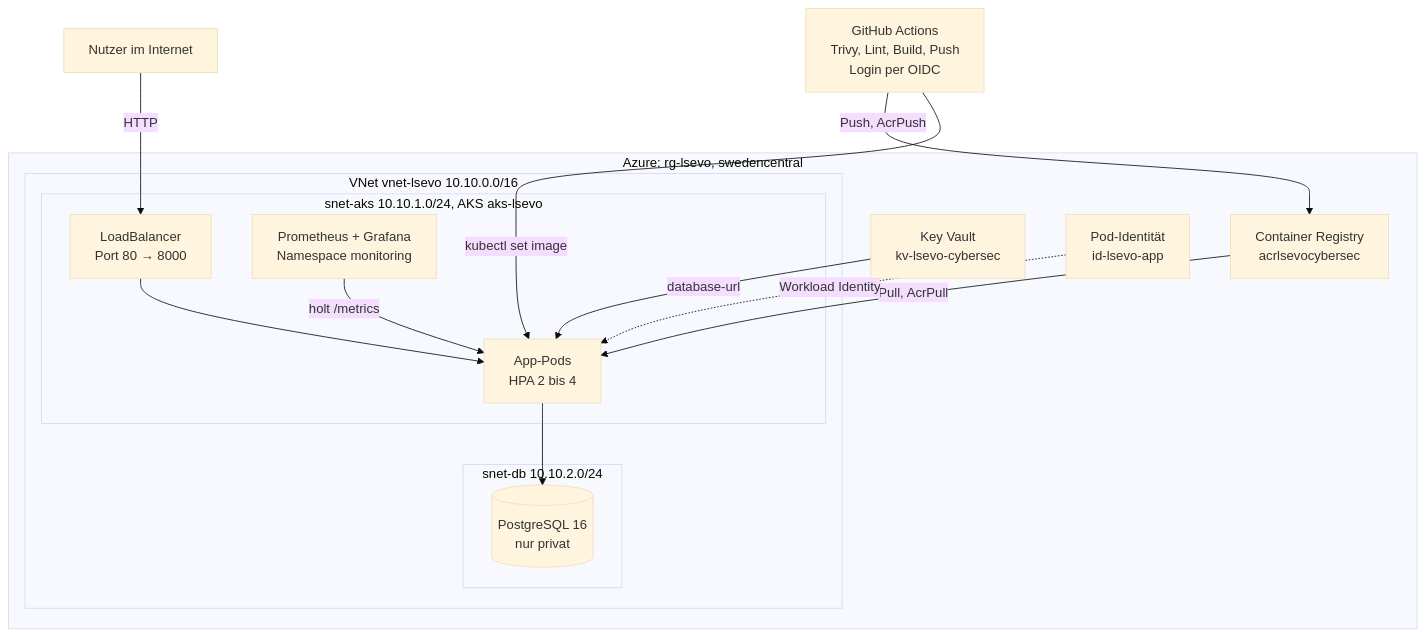
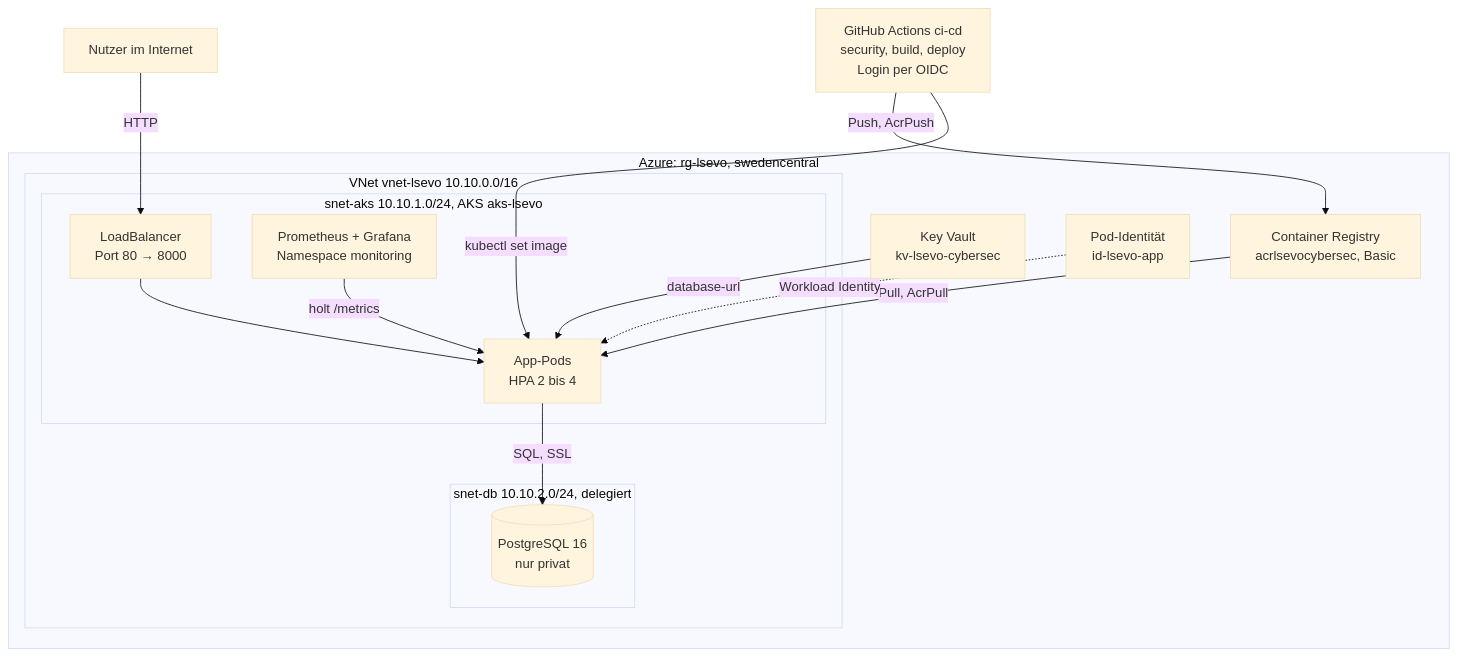
The diagram in README.md (Alpijohnson/learningsteps-evolution), drawn with Mermaid (base theme) before and after one commit. The commit also changed other lines of this file, not shown here.

````diff
--- a/README.md
+++ b/README.md
@@ -14,29 +16,29 @@
 ```mermaid
 flowchart TB
     user[Nutzer im Internet]
-    gh[GitHub Actions<br/>Trivy, Lint, Build, Push<br/>Login per OIDC]
+    gh[GitHub Actions ci-cd<br/>security, build, deploy<br/>Login per OIDC]
 
     subgraph azure[Azure: rg-lsevo, swedencentral]
-        acr[Container Registry<br/>acrlsevocybersec]
+        acr[Container Registry<br/>acrlsevocybersec, Basic]
         kv[Key Vault<br/>kv-lsevo-cybersec]
         id[Pod-Identität<br/>id-lsevo-app]
         subgraph vnet[VNet vnet-lsevo 10.10.0.0/16]
             subgraph aks[snet-aks 10.10.1.0/24, AKS aks-lsevo]
                 lb[LoadBalancer<br/>Port 80 → 8000]
                 pods[App-Pods<br/>HPA 2 bis 4]
                 mon[Prometheus + Grafana<br/>Namespace monitoring]
             end
-            subgraph db[snet-db 10.10.2.0/24]
+            subgraph db[snet-db 10.10.2.0/24, delegiert]
                 pg[(PostgreSQL 16<br/>nur privat)]
             end
         end
     end
 
-    user -->|HTTP| lb --> pods --> pg
+    user -->|HTTP| lb --> pods -->|SQL, SSL| pg
     gh -->|Push, AcrPush| acr
     gh -->|kubectl set image| pods
     acr -->|Pull, AcrPull| pods
     kv -->|database-url| pods
     id -.->|Workload Identity| pods
     mon -->|holt /metrics| pods
 ```
````
